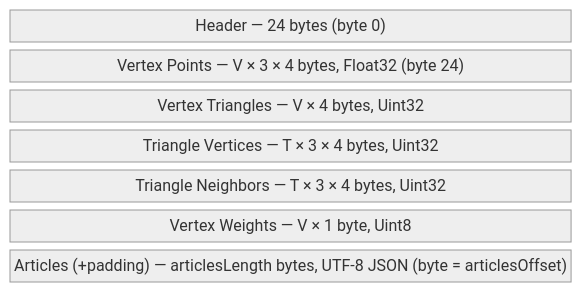
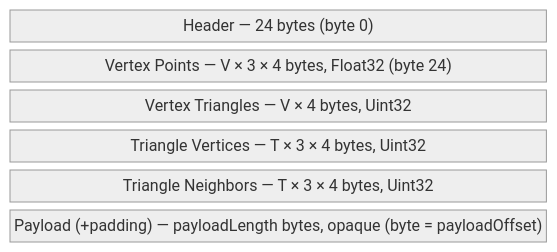
Before and after one commit to ChrisSteinbach/tour-guide: the diagram in docs/binary-format.md, drawn with Mermaid (neutral theme). The commit also changed other lines of this file and 19 other files, not shown here.

````diff
--- a/docs/binary-format.md
+++ b/docs/binary-format.md
@@ -9,11 +9,10 @@
 ```mermaid
 block-beta
     columns 1
     header["Header — 24 bytes (byte 0)"]
     points["Vertex Points — V × 3 × 4 bytes, Float32 (byte 24)"]
     vtri["Vertex Triangles — V × 4 bytes, Uint32"]
     trivert["Triangle Vertices — T × 3 × 4 bytes, Uint32"]
     trineigh["Triangle Neighbors — T × 3 × 4 bytes, Uint32"]
-    weights["Vertex Weights — V × 1 byte, Uint8"]
-    articles["Articles (+padding) — articlesLength bytes, UTF-8 JSON (byte = articlesOffset)"]
+    payload["Payload (+padding) — payloadLength bytes, opaque (byte = payloadOffset)"]
 ```
````
